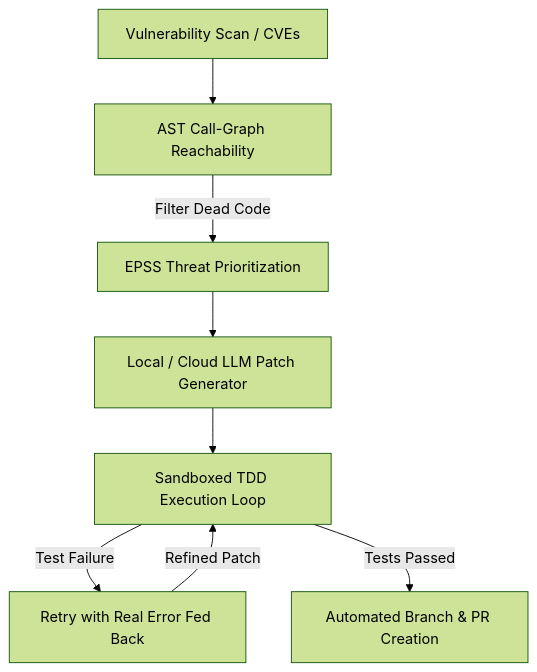
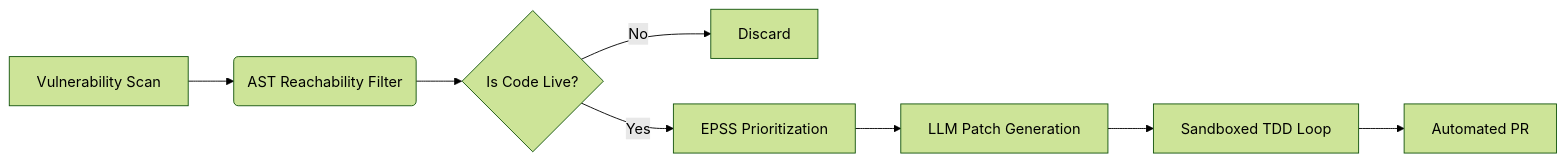
One commit to NehaAIML/agentic-vuln-system changed the diagram in README.md. Above: the diagram before and after it, drawn with Mermaid (forest theme). The commit also changed other lines of this file and 12 other files, not shown here.

````diff
--- a/README.md
+++ b/README.md
@@ -146,10 +18,10 @@
 ```mermaid
-graph TD
-    A[Vulnerability Scan / CVEs] --> B[AST Call-Graph Reachability]
-    B -->|Filter Dead Code| C[EPSS Threat Prioritization]
-    C --> D[Local / Cloud LLM Patch Generator]
-    D --> E[Sandboxed TDD Execution Loop]
-    E -->|Test Failure| F[Retry with Real Error Fed Back]
-    F -->|Refined Patch| E
-    E -->|Tests Passed| G[Automated Branch & PR Creation]
+graph LR
+    A[Vulnerability Scan] --> B(AST Reachability Filter)
+    B --> C{Is Code Live?}
+    C -- No --> D[Discard]
+    C -- Yes --> E[EPSS Prioritization]
+    E --> F[LLM Patch Generation]
+    F --> G[Sandboxed TDD Loop]
+    G --> H[Automated PR]
 ```
````
